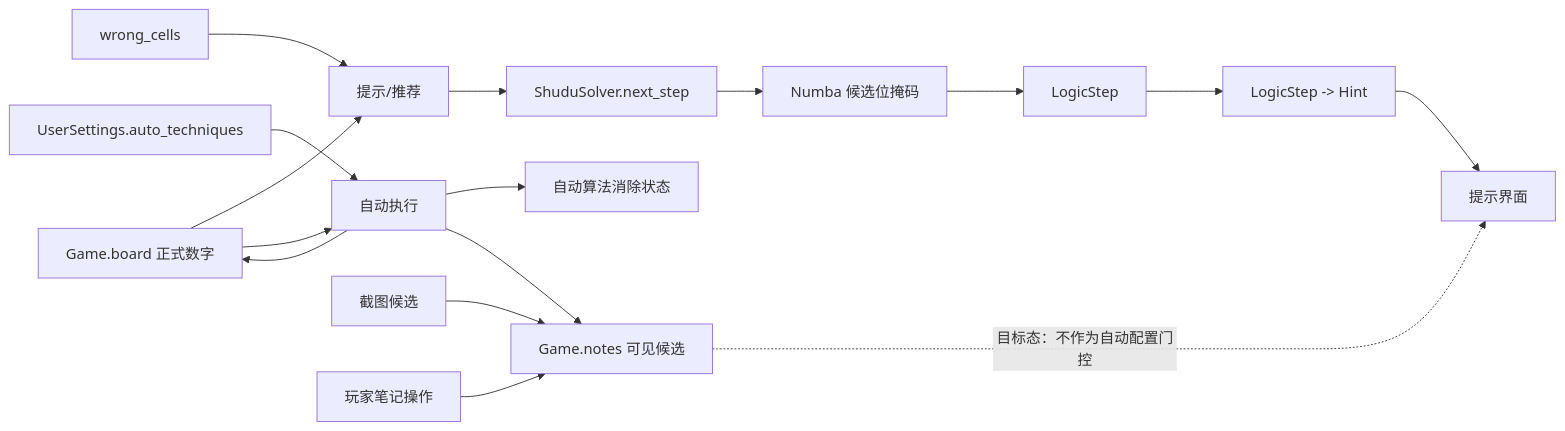
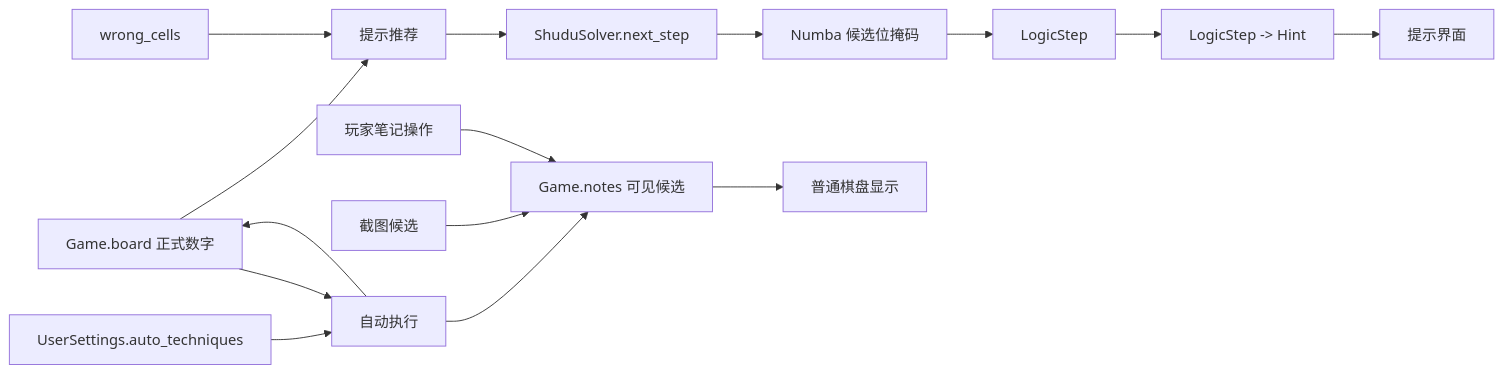
The second of 3 diagrams in docs/01_sprint记录/sprint01/00-联合方案决策/2026-10-05/联合方案决策草案.md (jaried/shudu), drawn with Mermaid before and after one commit. The commit also changed other lines of this file, not shown here.

````diff
--- a/docs/01_sprint记录/sprint01/00-联合方案决策/2026-10-05/联合方案决策草案.md
+++ b/docs/01_sprint记录/sprint01/00-联合方案决策/2026-10-05/联合方案决策草案.md
@@ -301,21 +221,19 @@
 ```mermaid
 flowchart LR
-    Board[Game.board 正式数字] --> Hint[提示/推荐]
+    Board[Game.board 正式数字] --> Hint[提示推荐]
     Wrong[wrong_cells] --> Hint
     Hint --> Solver[ShuduSolver.next_step]
     Solver --> Masks[Numba 候选位掩码]
     Masks --> Step[LogicStep]
     Step --> HintAdapter[LogicStep -> Hint]
     HintAdapter --> View[提示界面]
 
     Settings[UserSettings.auto_techniques] --> Auto[自动执行]
     Board --> Auto
     Auto --> Board
-    Auto --> AutoElims[自动算法消除状态]
     Auto --> Notes[Game.notes 可见候选]
 
     Screenshot[截图候选] --> Notes
     UserNote[玩家笔记操作] --> Notes
-
-    Notes -. 目标态：不作为自动配置门控 .-> View
+    Notes --> GameView[普通棋盘显示]
 ```
````
